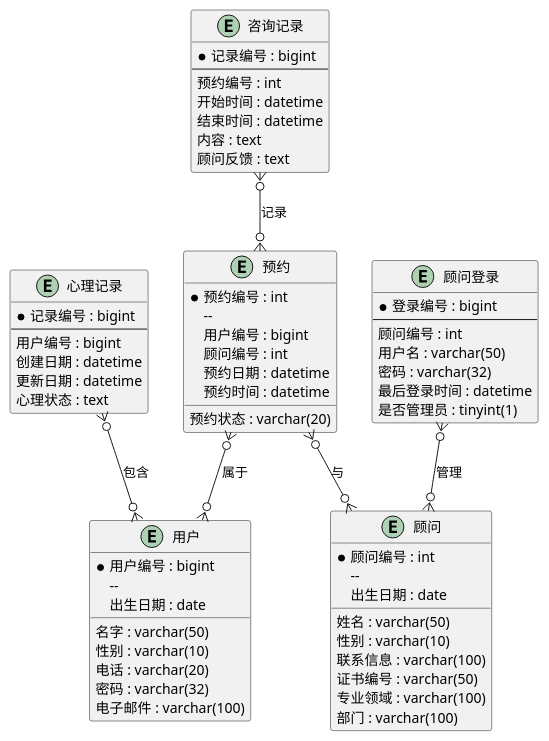
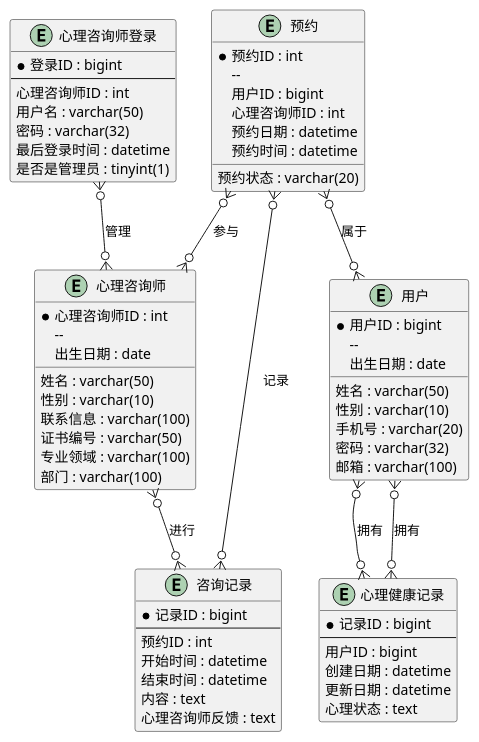
One commit to icecream8086/node changed the diagram in sql/er_zh.puml. Above: the diagram before and after it, drawn with PlantUML.

```diff
--- a/sql/er_zh.puml
+++ b/sql/er_zh.puml
@@ -1,69 +1,71 @@
 @startuml
 entity "预约" {
-  * 预约编号 : int
+  * 预约ID : int
   -- 
-  用户编号 : bigint
-  顾问编号 : int
+  用户ID : bigint
+  心理咨询师ID : int
   预约日期 : datetime
   预约时间 : datetime
   预约状态 : varchar(20)
 }
 
 entity "用户" {
-  * 用户编号 : bigint
+  * 用户ID : bigint
   -- 
-  名字 : varchar(50)
+  姓名 : varchar(50)
   性别 : varchar(10)
   出生日期 : date
-  电话 : varchar(20)
+  手机号 : varchar(20)
   密码 : varchar(32)
-  电子邮件 : varchar(100)
+  邮箱 : varchar(100)
 }
 
-entity "顾问" {
-  * 顾问编号 : int
+entity "心理咨询师" {
+  * 心理咨询师ID : int
   -- 
   姓名 : varchar(50)
   性别 : varchar(10)
   出生日期 : date
   联系信息 : varchar(100)
   证书编号 : varchar(50)
   专业领域 : varchar(100)
   部门 : varchar(100)
 }
 
 entity "咨询记录" {
-  * 记录编号 : bigint
+  * 记录ID : bigint
   --
-  预约编号 : int
+  预约ID : int
   开始时间 : datetime
   结束时间 : datetime
   内容 : text
-  顾问反馈 : text
+  心理咨询师反馈 : text
 }
 
-entity "顾问登录" {
-  * 登录编号 : bigint
+entity "心理咨询师登录" {
+  * 登录ID : bigint
   --
-  顾问编号 : int
+  心理咨询师ID : int
   用户名 : varchar(50)
   密码 : varchar(32)
   最后登录时间 : datetime
-  是否管理员 : tinyint(1)
+  是否是管理员 : tinyint(1)
 }
 
-entity "心理记录" {
-  * 记录编号 : bigint
+entity "心理健康记录" {
+  * 记录ID : bigint
   --
-  用户编号 : bigint
+  用户ID : bigint
   创建日期 : datetime
   更新日期 : datetime
   心理状态 : text
 }
 
 预约 }o--o{ 用户 : "属于"
-预约 }o--o{ 顾问 : "与"
+预约 }o--o{ 心理咨询师 : "参与"
 咨询记录 }o--o{ 预约 : "记录"
-顾问登录 }o--o{ 顾问 : "管理"
-心理记录 }o--o{ 用户 : "包含"
+心理咨询师登录 }o--o{ 心理咨询师 : "管理"
+心理健康记录 }o--o{ 用户 : "拥有"
+用户 }o--o{ 心理健康记录 : "拥有"
+心理咨询师 }o--o{ 咨询记录 : "进行"
 @enduml
```
